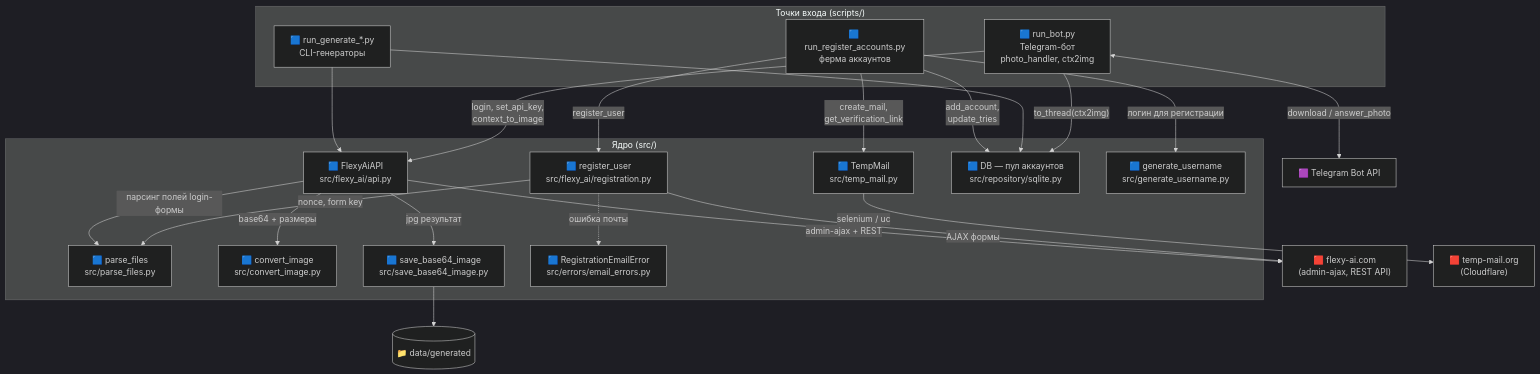
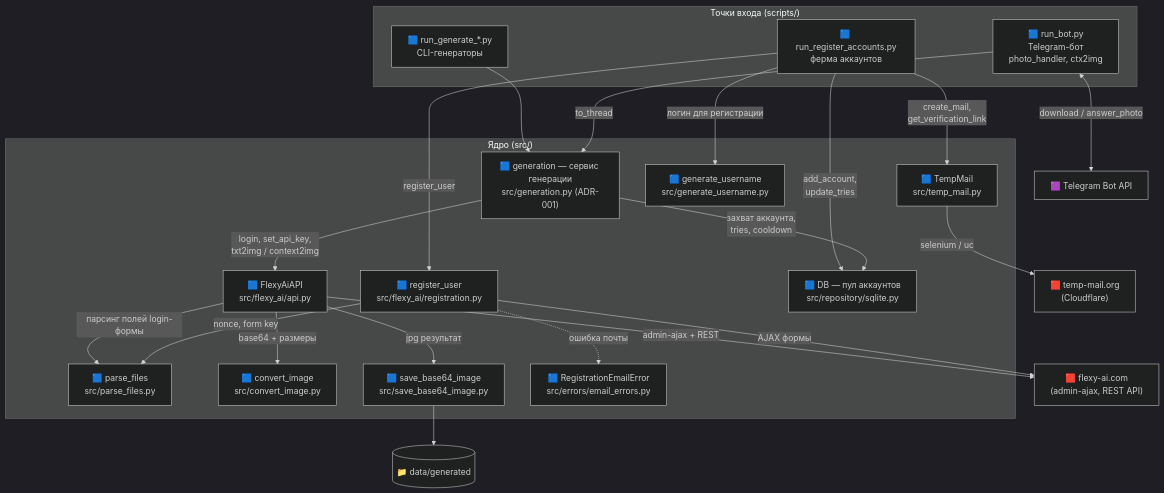
The third of 3 diagrams in docs/c4-model.md (slipynil/flexy-ai), drawn with Mermaid (dark theme) before and after one commit. The commit also changed other lines of this file and 10 other files, not shown here.

First line of the commit message:
refactor: ADR-001 сервисный слой генерации, процесс ADR

````diff
--- a/docs/c4-model.md
+++ b/docs/c4-model.md
@@ -95,49 +95,50 @@
 ```mermaid
 flowchart TB
     subgraph entry["Точки входа (scripts/)"]
         BOT["🟦 run_bot.py<br/>Telegram-бот<br/>photo_handler, ctx2img"]
         FARM["🟦 run_register_accounts.py<br/>ферма аккаунтов"]
         CLI["🟦 run_generate_*.py<br/>CLI-генераторы"]
     end
 
     subgraph core["Ядро (src/)"]
+        GEN["🟦 generation — сервис генерации<br/>src/generation.py (ADR-001)"]
         API["🟦 FlexyAiAPI<br/>src/flexy_ai/api.py"]
         REG["🟦 register_user<br/>src/flexy_ai/registration.py"]
         TM["🟦 TempMail<br/>src/temp_mail.py"]
         DB["🟦 DB — пул аккаунтов<br/>src/repository/sqlite.py"]
         PARSE["🟦 parse_files<br/>src/parse_files.py"]
         CONV["🟦 convert_image<br/>src/convert_image.py"]
         SAVE["🟦 save_base64_image<br/>src/save_base64_image.py"]
         UNAME["🟦 generate_username<br/>src/generate_username.py"]
         ERR["🟦 RegistrationEmailError<br/>src/errors/email_errors.py"]
     end
 
     ext_flexy["🟥 flexy-ai.com<br/>(admin-ajax, REST API)"]
     ext_mail["🟥 temp-mail.org<br/>(Cloudflare)"]
     ext_tg["🟪 Telegram Bot API"]
     files[("📁 data/generated")]
 
     %% --- контур генерации ---
-    BOT -->|"to_thread(ctx2img)"| DB
-    BOT -->|"login, set_api_key,<br/>context_to_image"| API
+    BOT -->|"to_thread"| GEN
     BOT <-->|"download / answer_photo"| ext_tg
+    GEN -->|"захват аккаунта,<br/>tries, cooldown"| DB
+    GEN -->|"login, set_api_key,<br/>txt2img / context2img"| API
     API -->|"base64 + размеры"| CONV
     API -->|"jpg результат"| SAVE
     SAVE --> files
-    CLI --> DB
-    CLI --> API
+    CLI --> GEN
 
     %% --- контур регистрации ---
     FARM -->|"create_mail,<br/>get_verification_link"| TM
     FARM -->|"register_user"| REG
     FARM -->|"add_account,<br/>update_tries"| DB
     TM -->|"selenium / uc"| ext_mail
     REG -->|"nonce, form key"| PARSE
     REG -->|"AJAX формы"| ext_flexy
     REG -.->|"ошибка почты"| ERR
     FARM -->|"логин для регистрации"| UNAME
 
     %% --- общие зависимости API ---
     API -->|"парсинг полей login-формы"| PARSE
     API -->|"admin-ajax + REST"| ext_flexy
 ```
````
